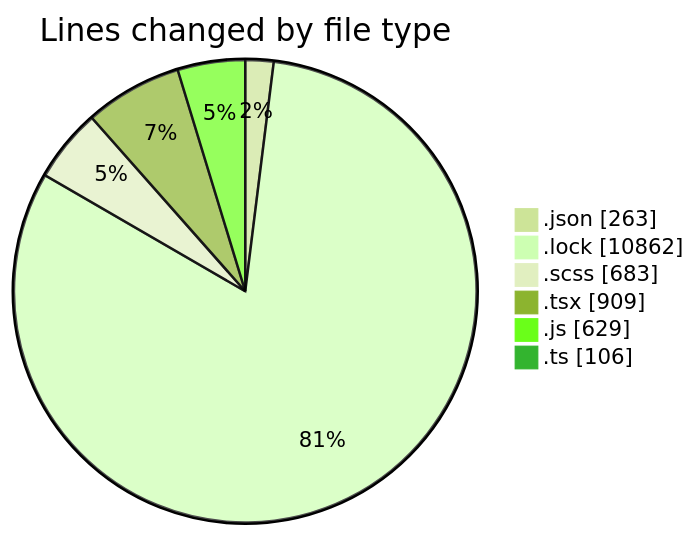
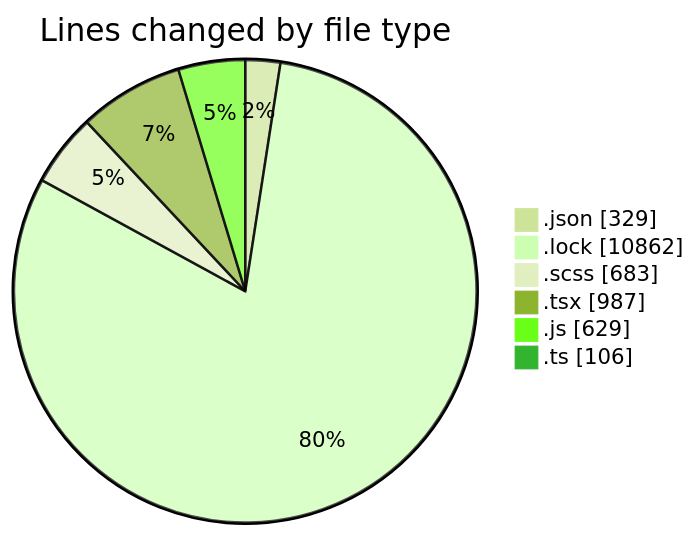
Before and after one commit to momahboobian/code-tracking: the first of 2 diagrams in 2026-05-18/cda/README.md, drawn with Mermaid (forest theme). The commit also changed other lines of this file and 1 other file, not shown here.

````diff
--- a/2026-05-18/cda/README.md
+++ b/2026-05-18/cda/README.md
@@ -36,10 +37,10 @@
 ```mermaid
 pie showData
 title Lines changed by file type
-".json" : 263
+".json" : 329
 ".lock" : 10862
 ".scss" : 683
-".tsx" : 909
+".tsx" : 987
 ".js" : 629
 ".ts" : 106
 ```
````
